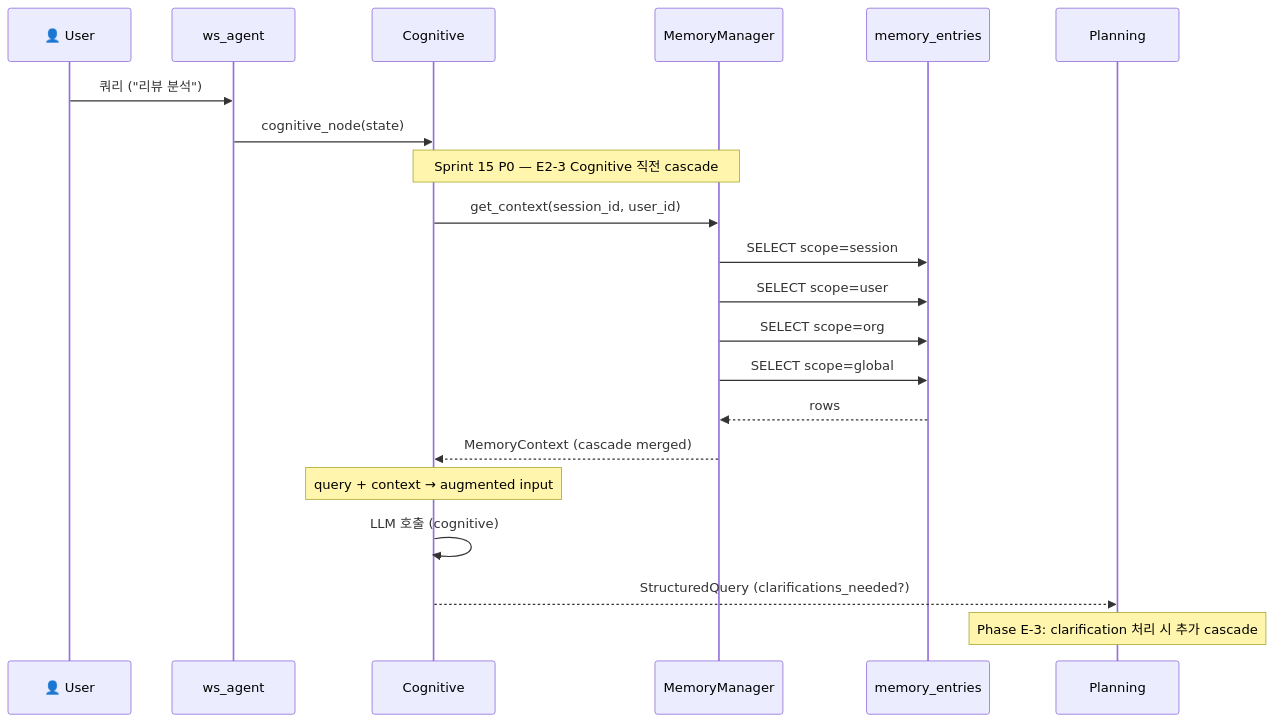
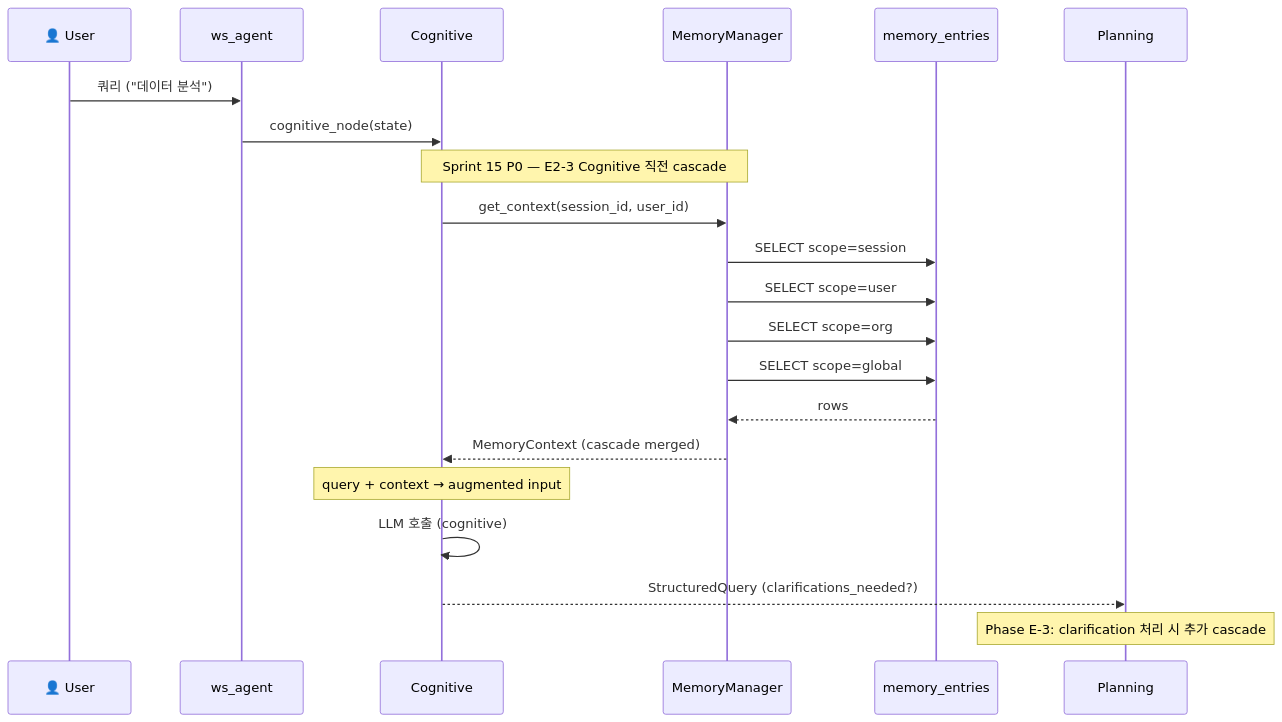
The third of 10 diagrams in docs/agent_specs/erd_database.md (gobokuku82/beta_narutalk), drawn with Mermaid before and after one commit. The commit also changed other lines of this file and 40 other files, not shown here.

````diff
--- a/docs/agent_specs/erd_database.md
+++ b/docs/agent_specs/erd_database.md
@@ -149,28 +149,28 @@
 ```mermaid
 sequenceDiagram
     participant U as 👤 User
     participant W as ws_agent
     participant C as Cognitive
     participant M as MemoryManager
     participant DB as memory_entries
     participant P as Planning
 
-    U->>W: 쿼리 ("리뷰 분석")
+    U->>W: 쿼리 ("데이터 분석")
     W->>C: cognitive_node(state)
 
     Note over C,M: Sprint 15 P0 — E2-3 Cognitive 직전 cascade
     C->>M: get_context(session_id, user_id)
     M->>DB: SELECT scope=session
     M->>DB: SELECT scope=user
     M->>DB: SELECT scope=org
     M->>DB: SELECT scope=global
     DB-->>M: rows
     M-->>C: MemoryContext (cascade merged)
 
     Note over C: query + context → augmented input
 
     C->>C: LLM 호출 (cognitive)
     C-->>P: StructuredQuery (clarifications_needed?)
 
     Note over P: Phase E-3: clarification 처리 시 추가 cascade
 ```
````
